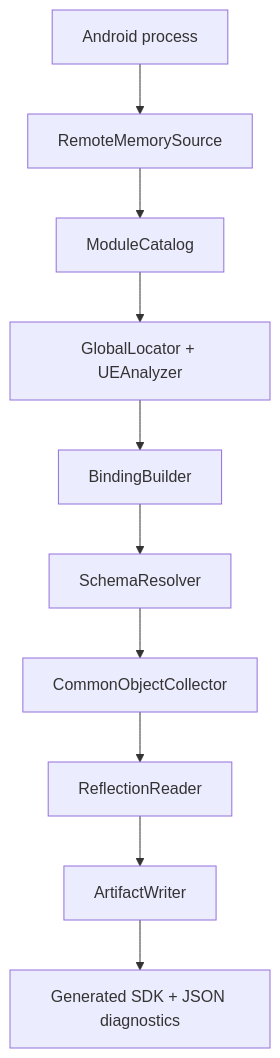
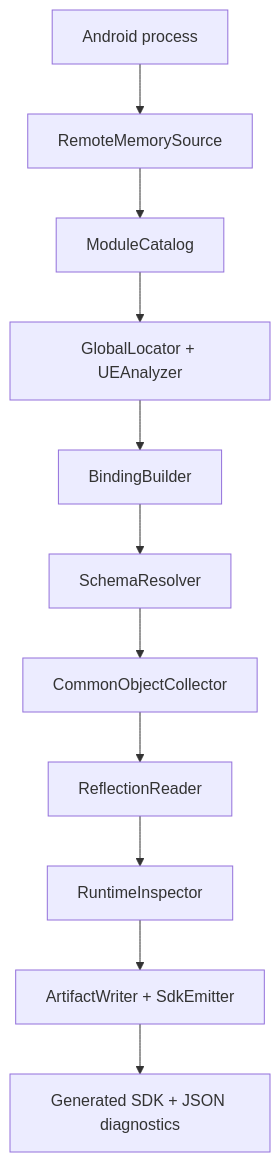
The diagram in README.md (Ezeny1337/AndUEFker), drawn with Mermaid before and after one commit. The commit also changed other lines of this file and 38 other files, not shown here.

````diff
--- a/README.md
+++ b/README.md
@@ -32,12 +33,13 @@
 ```mermaid
 flowchart TD
     A[Android process] --> B[RemoteMemorySource]
     B --> C[ModuleCatalog]
     C --> D[GlobalLocator + UEAnalyzer]
     D --> E[BindingBuilder]
     E --> F[SchemaResolver]
     F --> G[CommonObjectCollector]
     G --> H[ReflectionReader]
-    H --> I[ArtifactWriter]
+    H --> K[RuntimeInspector]
+    K --> I[ArtifactWriter + SdkEmitter]
     I --> J[Generated SDK + JSON diagnostics]
 ```
````
